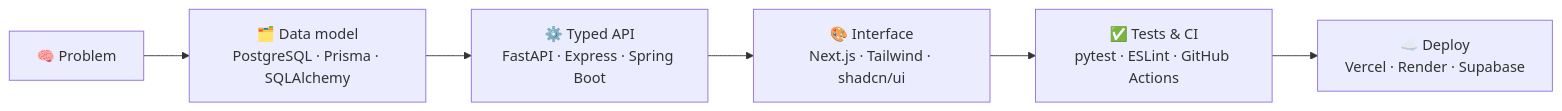
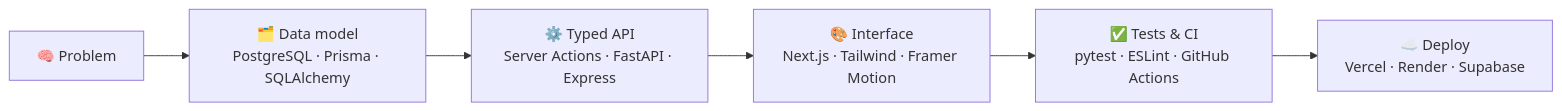
One commit to Bernardocfguimaraes/Bernardocfguimaraes changed the diagram in README.md. Above: the diagram before and after it, drawn with Mermaid. The commit also changed other lines of this file, not shown here.

````diff
--- a/README.md
+++ b/README.md
@@ -60,8 +43,8 @@
 ```mermaid
 flowchart LR
     A["🧠 Problem"] --> B["🗂️ Data model<br/>PostgreSQL · Prisma · SQLAlchemy"]
-    B --> C["⚙️ Typed API<br/>FastAPI · Express · Spring Boot"]
-    C --> D["🎨 Interface<br/>Next.js · Tailwind · shadcn/ui"]
+    B --> C["⚙️ Typed API<br/>Server Actions · FastAPI · Express"]
+    C --> D["🎨 Interface<br/>Next.js · Tailwind · Framer Motion"]
     D --> E["✅ Tests & CI<br/>pytest · ESLint · GitHub Actions"]
     E --> F["☁️ Deploy<br/>Vercel · Render · Supabase"]
 ```
````
